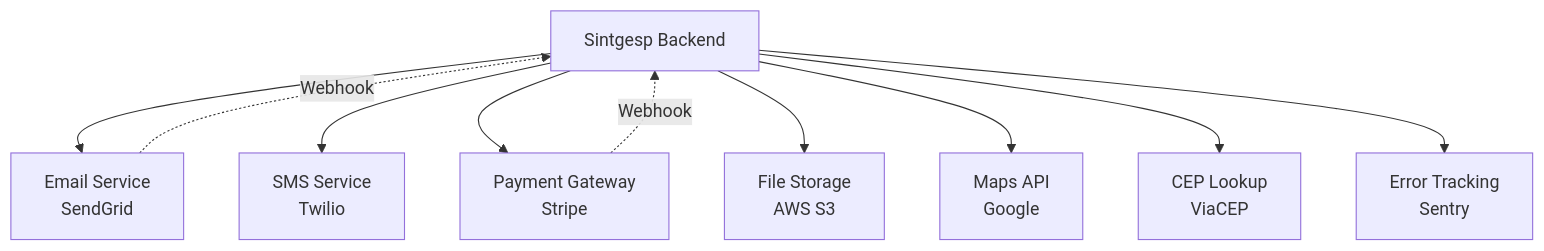
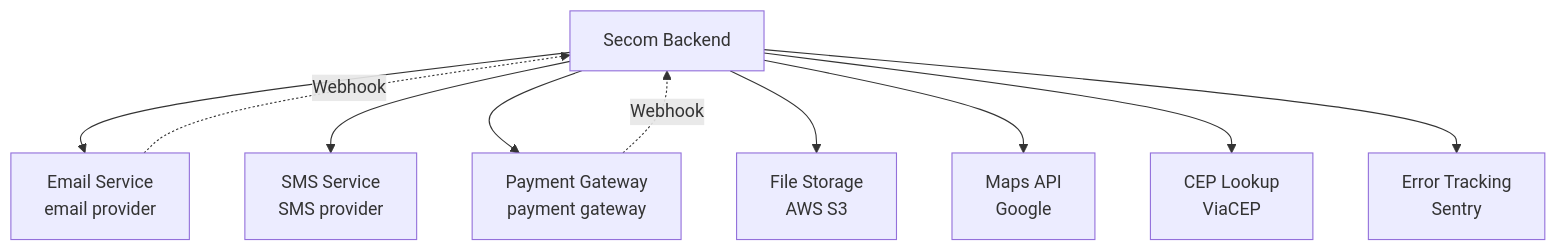
The second of 3 diagrams in docs/prompts/backend/prompt_backend_comprehensive_modular_review_docs_request.md (jreinaldodasilva/secomvsaas), drawn with Mermaid before and after one commit. The commit also changed other lines of this file and 59 other files, not shown here.

First line of the commit message:
docs: update all prompts from Sintgesp to Secom domain

````diff
--- a/docs/prompts/backend/prompt_backend_comprehensive_modular_review_docs_request.md
+++ b/docs/prompts/backend/prompt_backend_comprehensive_modular_review_docs_request.md
@@ -1193,15 +1193,15 @@
 ```mermaid
 graph TB
-    Backend[Sintgesp Backend]
+    Backend[Secom Backend]
     
-    Backend --> Email[Email Service<br/>SendGrid]
-    Backend --> SMS[SMS Service<br/>Twilio]
-    Backend --> Payment[Payment Gateway<br/>Stripe]
+    Backend --> Email[Email Service<br/>email provider]
+    Backend --> SMS[SMS Service<br/>SMS provider]
+    Backend --> Payment[Payment Gateway<br/>payment gateway]
     Backend --> Storage[File Storage<br/>AWS S3]
     Backend --> Maps[Maps API<br/>Google]
     Backend --> CEP[CEP Lookup<br/>ViaCEP]
     Backend --> Sentry[Error Tracking<br/>Sentry]
     
     Payment -.Webhook.-> Backend
     Email -.Webhook.-> Backend
 ```
````
